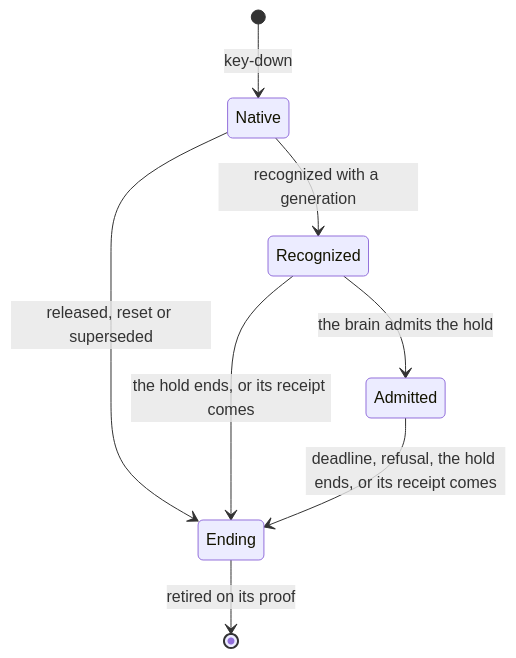
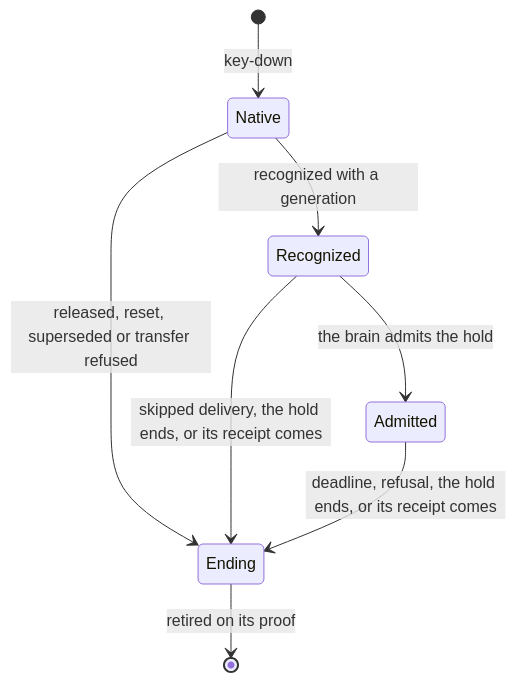
Before and after one commit to labcoder/capsula: diagram 11 of 12 in docs/development/voice.md, drawn with Mermaid. The commit also changed other lines of this file and 26 other files, not shown here.

````diff
--- a/docs/development/voice.md
+++ b/docs/development/voice.md
@@ -970,10 +973,10 @@
 ```mermaid
 stateDiagram-v2
     [*] --> Native: key-down
     Native --> Recognized: recognized with a generation
-    Native --> Ending: released, reset or superseded
+    Native --> Ending: released, reset, superseded or transfer refused
     Recognized --> Admitted: the brain admits the hold
-    Recognized --> Ending: the hold ends, or its receipt comes
+    Recognized --> Ending: skipped delivery, the hold ends, or its receipt comes
     Admitted --> Ending: deadline, refusal, the hold ends, or its receipt comes
     Ending --> [*]: retired on its proof
 ```
````
